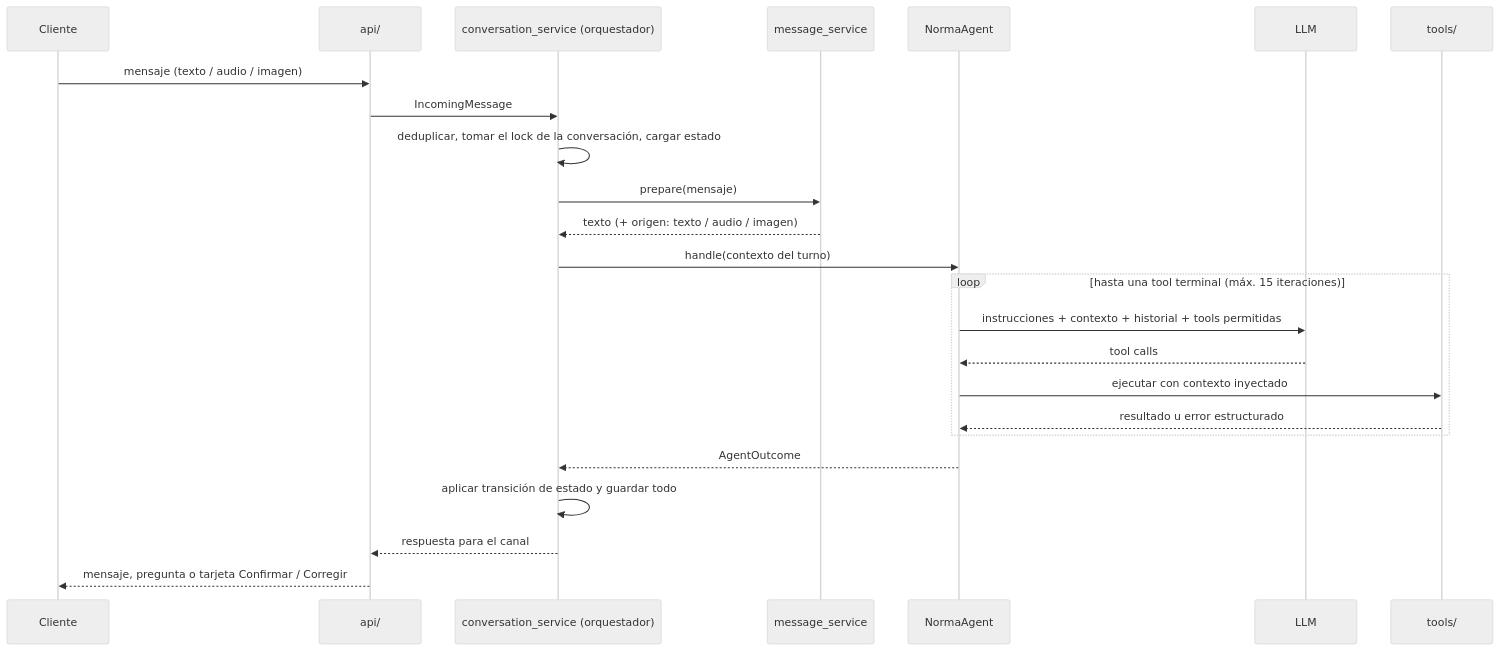
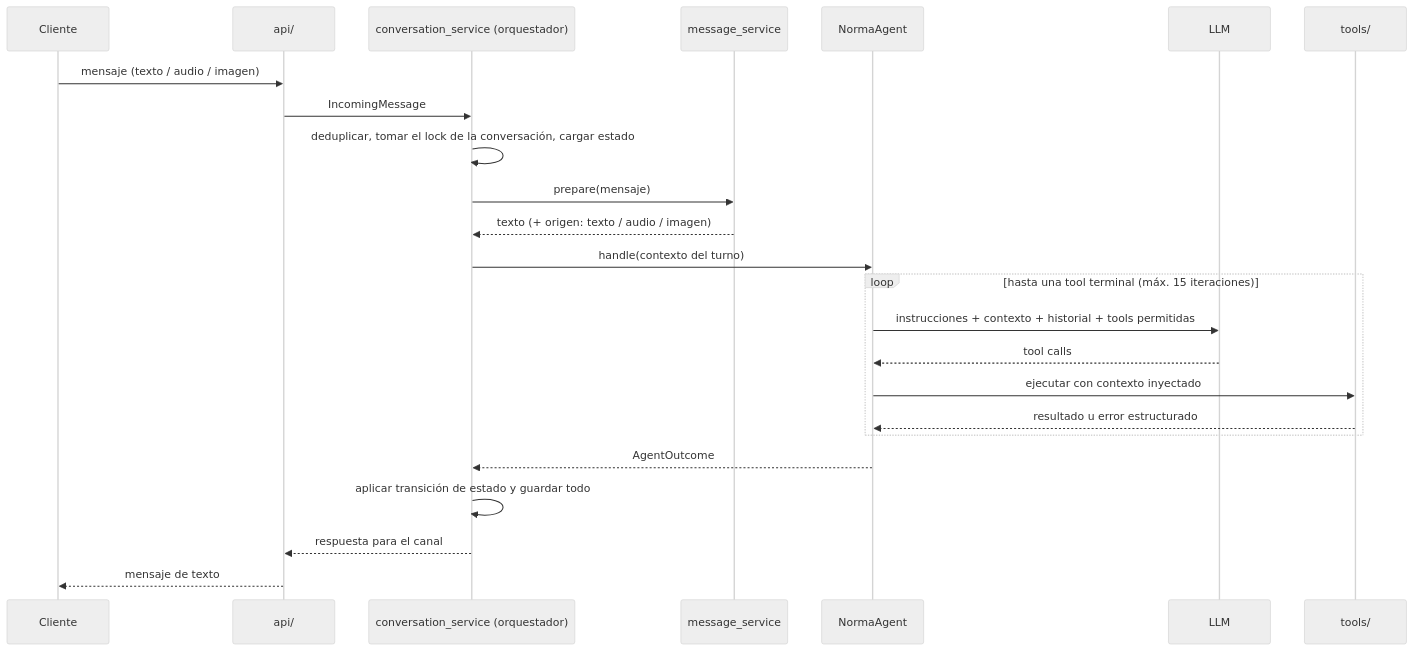
One commit to FernandoMRestelli/norma-agentic-ai changed the second of 4 diagrams in docs/spec/agente.md. Above: the diagram before and after it, drawn with Mermaid (neutral theme). The commit also changed other lines of this file and 22 other files, not shown here.

````diff
--- a/docs/spec/agente.md
+++ b/docs/spec/agente.md
@@ -101,26 +98,26 @@
 ```mermaid
 sequenceDiagram
     participant C as Cliente
     participant API as api/
     participant O as conversation_service (orquestador)
     participant M as message_service
     participant A as NormaAgent
     participant L as LLM
     participant T as tools/
     C->>API: mensaje (texto / audio / imagen)
     API->>O: IncomingMessage
     O->>O: deduplicar, tomar el lock de la conversación, cargar estado
     O->>M: prepare(mensaje)
     M-->>O: texto (+ origen: texto / audio / imagen)
     O->>A: handle(contexto del turno)
     loop hasta una tool terminal (máx. 15 iteraciones)
         A->>L: instrucciones + contexto + historial + tools permitidas
         L-->>A: tool calls
         A->>T: ejecutar con contexto inyectado
         T-->>A: resultado u error estructurado
     end
     A-->>O: AgentOutcome
     O->>O: aplicar transición de estado y guardar todo
     O-->>API: respuesta para el canal
-    API-->>C: mensaje, pregunta o tarjeta Confirmar / Corregir
+    API-->>C: mensaje de texto
 ```
````
